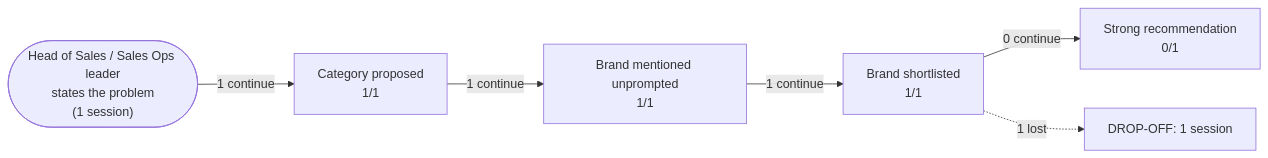
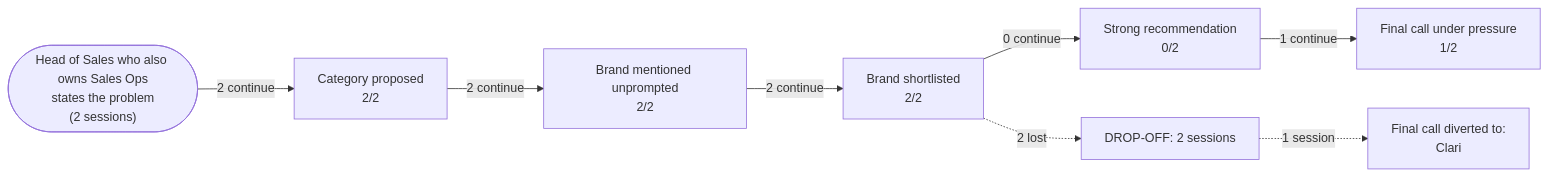
Before and after one commit to d-walia/marketing-agents: the diagram in sample-report.md, drawn with Mermaid. The commit also changed other lines of this file and 2 other files, not shown here.

Commit message:
Sample report from 4-turn pressure run; fix journey map divert edge on final-stage recovery

````diff
--- a/sample-report.md
+++ b/sample-report.md
@@ -21,14 +23,18 @@
 ```mermaid
 flowchart LR
-    S0(["Head of Sales / Sales Ops leader<br/>states the problem<br/>(1 session)"])
-    S1["Category proposed<br/>1/1"]
-    S0 -->|"1 continue"| S1
-    S2["Brand mentioned unprompted<br/>1/1"]
-    S1 -->|"1 continue"| S2
-    S3["Brand shortlisted<br/>1/1"]
-    S2 -->|"1 continue"| S3
-    S4["Strong recommendation<br/>0/1"]
+    S0(["Head of Sales who also owns Sales Ops<br/>states the problem<br/>(2 sessions)"])
+    S1["Category proposed<br/>2/2"]
+    S0 -->|"2 continue"| S1
+    S2["Brand mentioned unprompted<br/>2/2"]
+    S1 -->|"2 continue"| S2
+    S3["Brand shortlisted<br/>2/2"]
+    S2 -->|"2 continue"| S3
+    S4["Strong recommendation<br/>0/2"]
     S3 -->|"0 continue"| S4
-    D4["DROP-OFF: 1 session"]
-    S3 -.->|"1 lost"| D4
+    D4["DROP-OFF: 2 sessions"]
+    S3 -.->|"2 lost"| D4
+    S5["Final call under pressure<br/>1/2"]
+    S4 -->|"1 continue"| S5
+    W["Final call diverted to:<br/>Clari"]
+    D4 -.->|"1 session"| W
 ```
````
